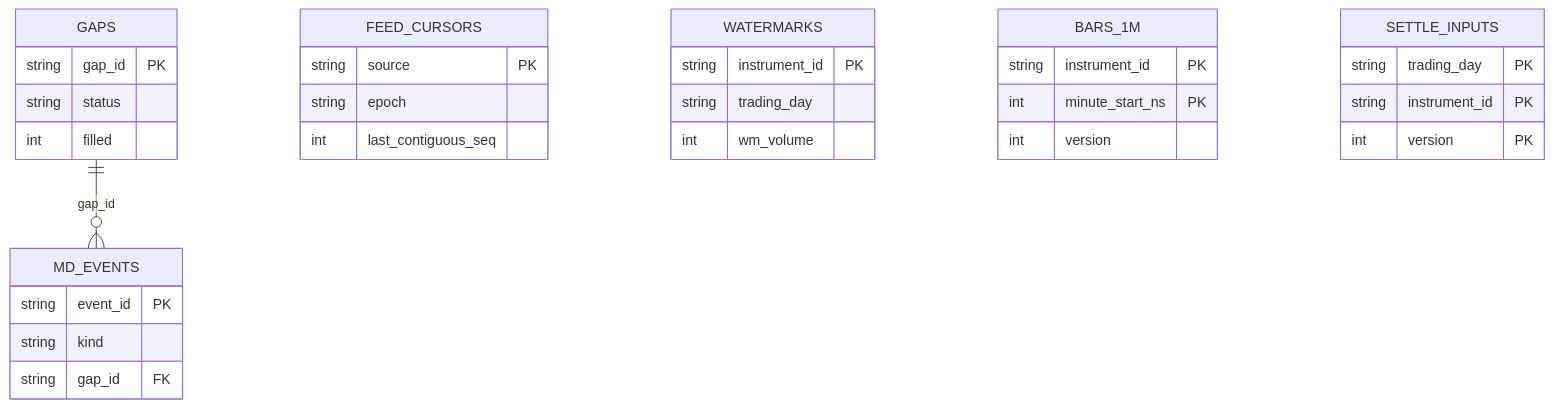
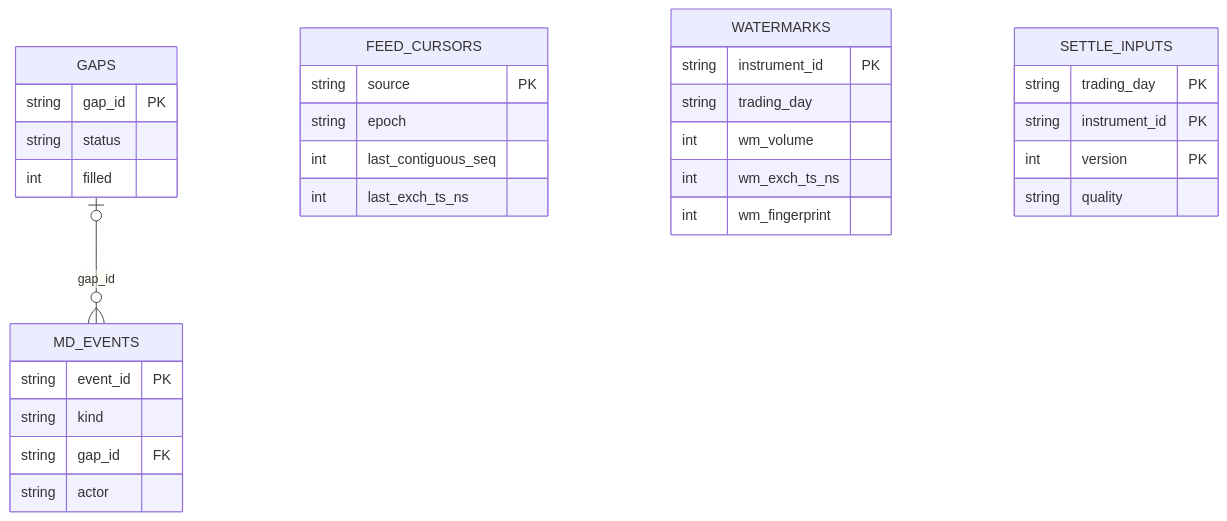
One commit to tom-xue-dev/futrisk changed the first of 4 diagrams in docs/03-database-schema.md. Above: the diagram before and after it, drawn with Mermaid. The commit also changed other lines of this file and 31 other files, not shown here.

First line of the commit message:
文档：按代码重建 docs 为 v1.0，全量验证并重拍截图

````diff
--- a/docs/03-database-schema.md
+++ b/docs/03-database-schema.md
@@ -211,34 +216,34 @@
 ```mermaid
 erDiagram
-    GAPS ||--o{ MD_EVENTS : "gap_id"
+    GAPS |o--o{ MD_EVENTS : "gap_id"
     FEED_CURSORS {
         string source PK
         string epoch
         int last_contiguous_seq
+        int last_exch_ts_ns
     }
     MD_EVENTS {
         string event_id PK
         string kind
         string gap_id FK
+        string actor
     }
     GAPS {
         string gap_id PK
         string status
         int filled
     }
     WATERMARKS {
         string instrument_id PK
         string trading_day
         int wm_volume
-    }
-    BARS_1M {
-        string instrument_id PK
-        int minute_start_ns PK
-        int version
+        int wm_exch_ts_ns
+        int wm_fingerprint
     }
     SETTLE_INPUTS {
         string trading_day PK
         string instrument_id PK
         int version PK
+        string quality
     }
 ```
````
